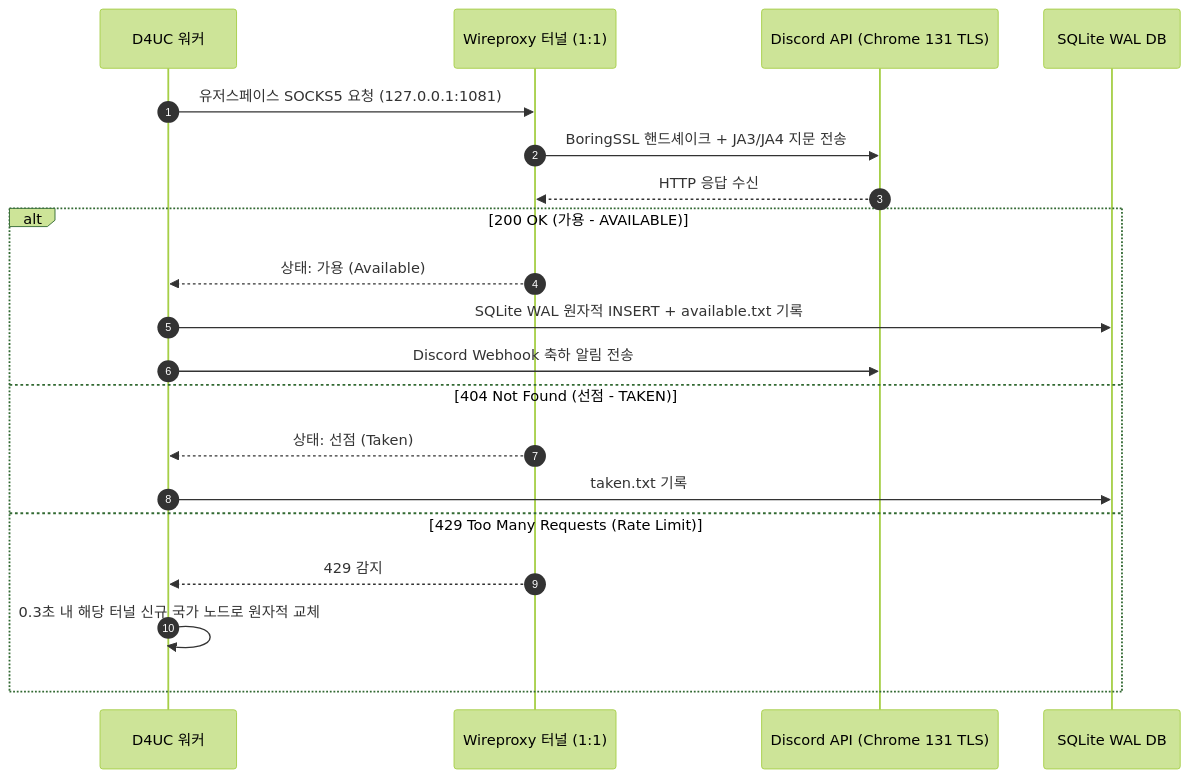
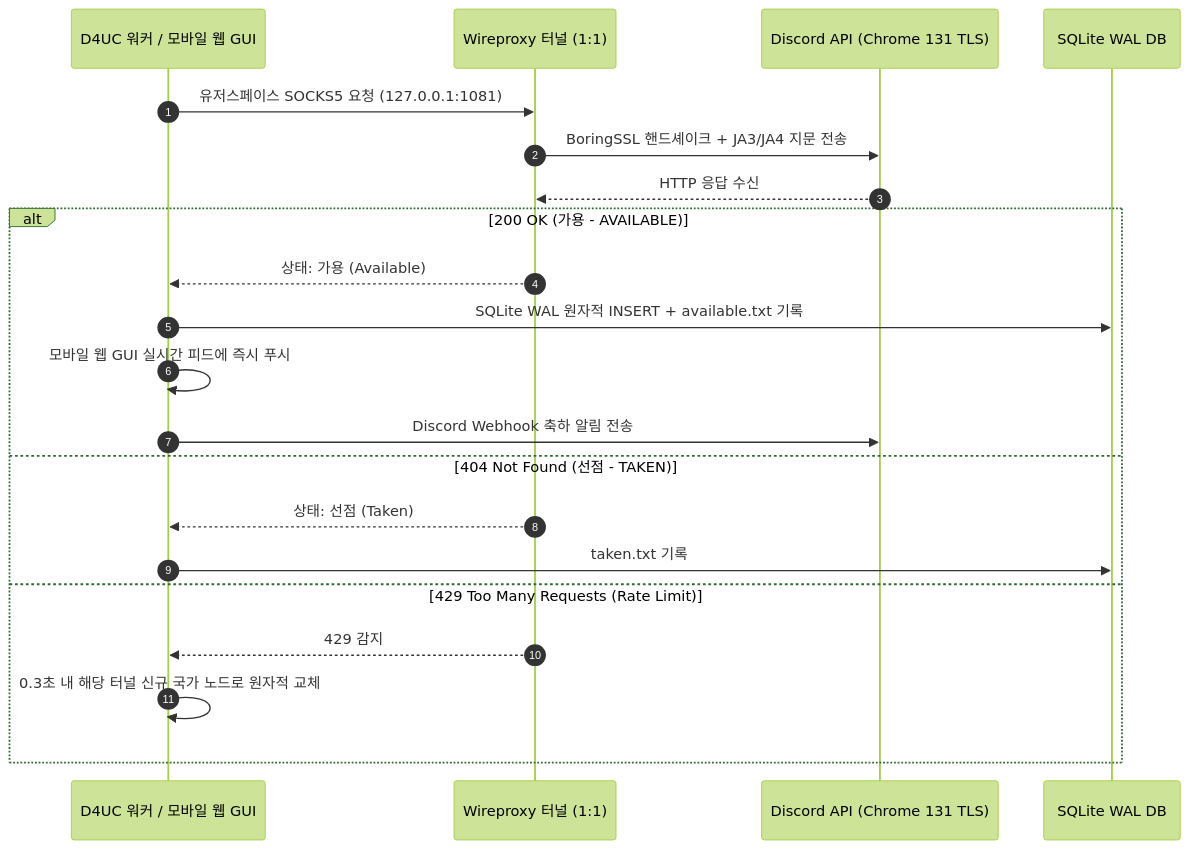
One commit to KRCUPRO/discord-checker changed the diagram in docs/locales/ko.md. Above: the diagram before and after it, drawn with Mermaid (forest theme). The commit also changed other lines of this file and 41 other files, not shown here.

````diff
--- a/docs/locales/ko.md
+++ b/docs/locales/ko.md
@@ -261,23 +303,24 @@
 ```mermaid
 sequenceDiagram
     autonumber
-    participant App as D4UC 워커
+    participant App as D4UC 워커 / 모바일 웹 GUI
     participant Wire as Wireproxy 터널 (1:1)
     participant Edge as Discord API (Chrome 131 TLS)
     participant Store as SQLite WAL DB
 
     App->>Wire: 유저스페이스 SOCKS5 요청 (127.0.0.1:1081)
     Wire->>Edge: BoringSSL 핸드셰이크 + JA3/JA4 지문 전송
     Edge-->>Wire: HTTP 응답 수신
     alt 200 OK (가용 - AVAILABLE)
         Wire-->>App: 상태: 가용 (Available)
         App->>Store: SQLite WAL 원자적 INSERT + available.txt 기록
+        App->>App: 모바일 웹 GUI 실시간 피드에 즉시 푸시
         App->>Edge: Discord Webhook 축하 알림 전송
     else 404 Not Found (선점 - TAKEN)
         Wire-->>App: 상태: 선점 (Taken)
         App->>Store: taken.txt 기록
     else 429 Too Many Requests (Rate Limit)
         Wire-->>App: 429 감지
         App->>App: 0.3초 내 해당 터널 신규 국가 노드로 원자적 교체
     end
 ```
````
